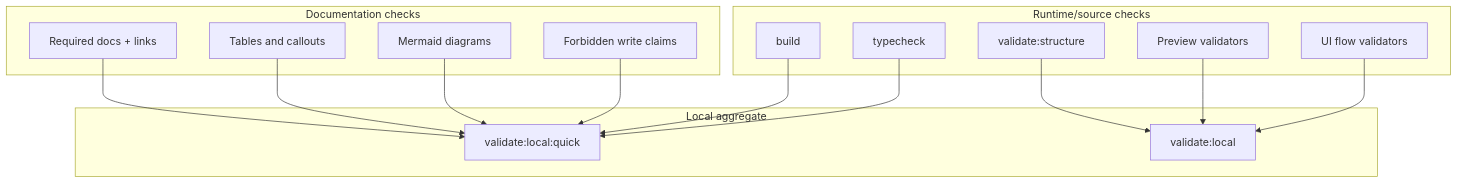
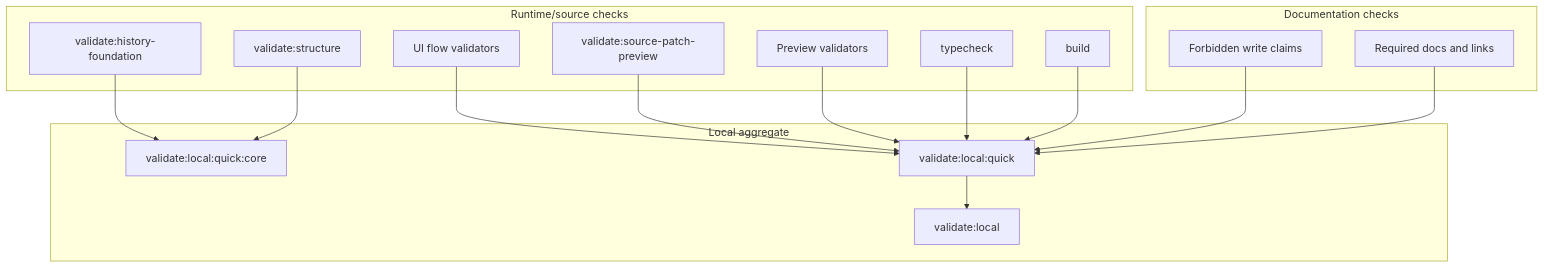
The diagram in docs/architecture/validation-system.md (krestosa/Crystal), drawn with Mermaid before and after one commit. The commit also changed other lines of this file and 4 other files, not shown here.

Commit message:
Document history refresh foundation

````diff
--- a/docs/architecture/validation-system.md
+++ b/docs/architecture/validation-system.md
@@ -70,32 +70,34 @@
 ```mermaid
 flowchart TD
   subgraph Docs[Documentation checks]
-    DocsShape[Required docs + links]
-    Tables[Tables and callouts]
-    Mermaid[Mermaid diagrams]
+    DocsShape[Required docs and links]
     Claims[Forbidden write claims]
   end
 
   subgraph Runtime[Runtime/source checks]
     Build[build]
     Typecheck[typecheck]
     Structure[validate:structure]
     Preview[Preview validators]
+    SourcePatch[validate:source-patch-preview]
+    History[validate:history-foundation]
     UI[UI flow validators]
   end
 
   subgraph Aggregate[Local aggregate]
+    QuickCore[validate:local:quick:core]
     Quick[validate:local:quick]
     Full[validate:local]
   end
 
   DocsShape --> Quick
-  Tables --> Quick
-  Mermaid --> Quick
   Claims --> Quick
+  Structure --> QuickCore
+  History --> QuickCore
   Build --> Quick
   Typecheck --> Quick
-  Structure --> Full
-  Preview --> Full
-  UI --> Full
+  Preview --> Quick
+  SourcePatch --> Quick
+  UI --> Quick
+  Quick --> Full
 ```
````
